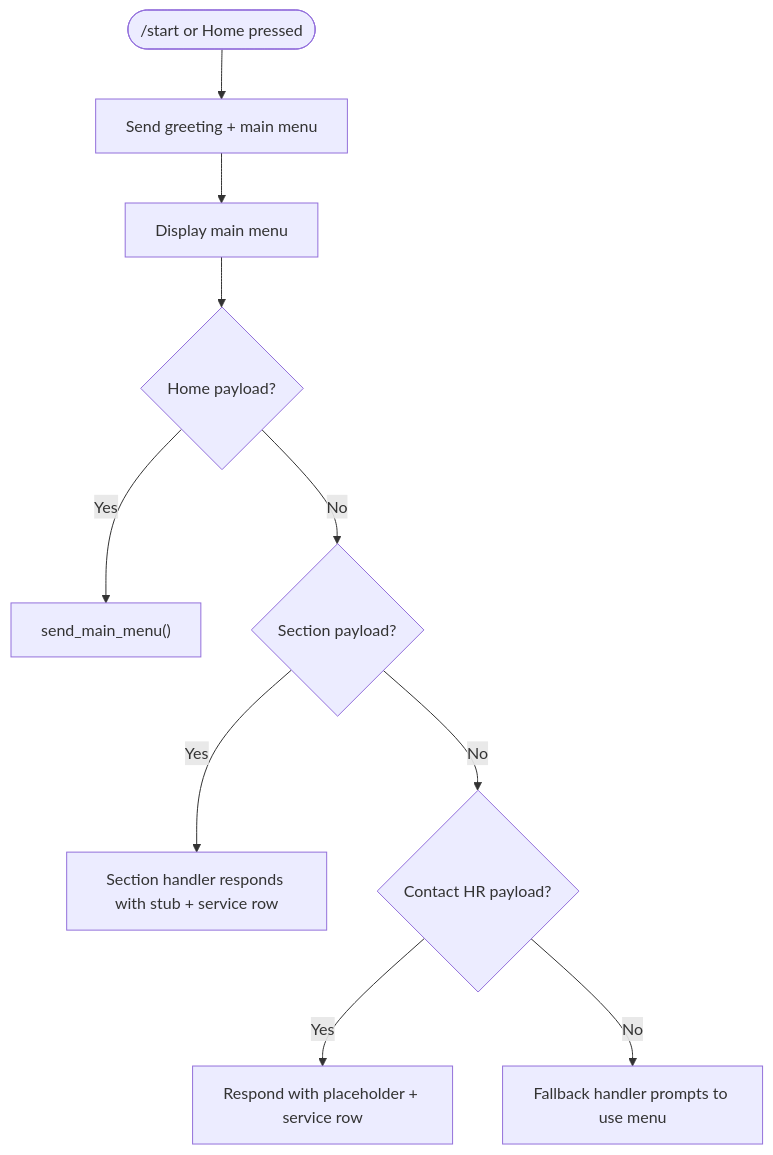
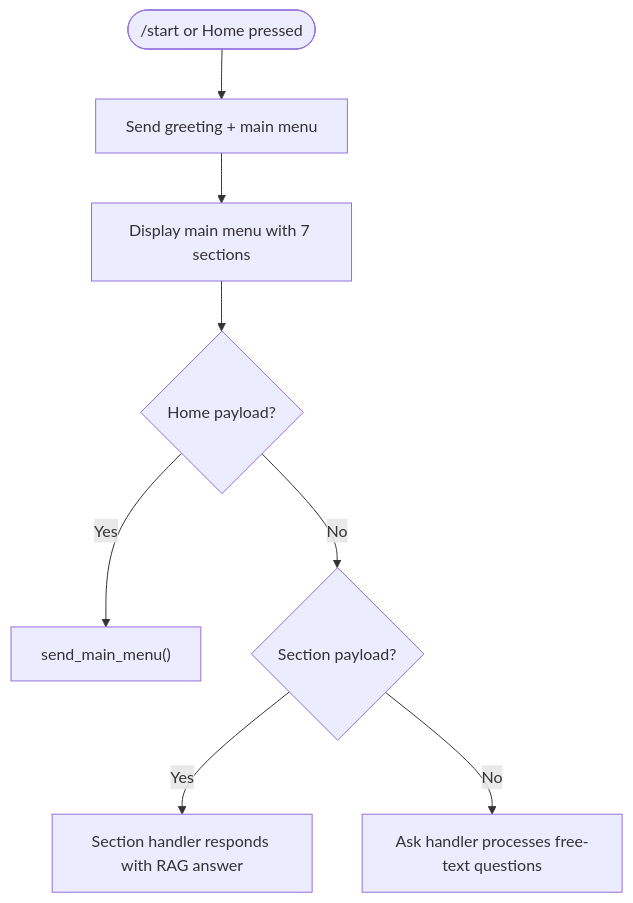
One commit to ognelis/cafetera_hr_bot changed the third of 6 diagrams in .qoder/repowiki/en/content/Handler System/Start Handler.md. Above: the diagram before and after it, drawn with Mermaid. The commit also changed other lines of this file and 16 other files, not shown here.

````diff
--- a/.qoder/repowiki/en/content/Handler System/Start Handler.md
+++ b/.qoder/repowiki/en/content/Handler System/Start Handler.md
@@ -134,12 +153,10 @@
 ```mermaid
 flowchart TD
 Start(["/start or Home pressed"]) --> Greeting["Send greeting + main menu"]
-Greeting --> MainMenu["Display main menu"]
+Greeting --> MainMenu["Display main menu with 7 sections"]
 MainMenu --> HomePayload{"Home payload?"}
 HomePayload --> |Yes| SendMenu["send_main_menu()"]
 HomePayload --> |No| SectionPayload{"Section payload?"}
-SectionPayload --> |Yes| SectionStub["Section handler responds with stub + service row"]
-SectionPayload --> |No| ContactHR{"Contact HR payload?"}
-ContactHR --> |Yes| ContactHRStub["Respond with placeholder + service row"]
-ContactHR --> |No| Fallback["Fallback handler prompts to use menu"]
+SectionPayload --> |Yes| SectionStub["Section handler responds with RAG answer"]
+SectionPayload --> |No| Fallback["Ask handler processes free-text questions"]
 ```
````
